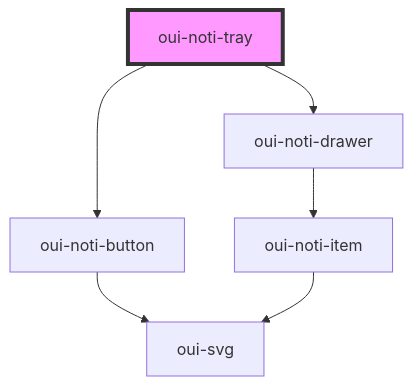
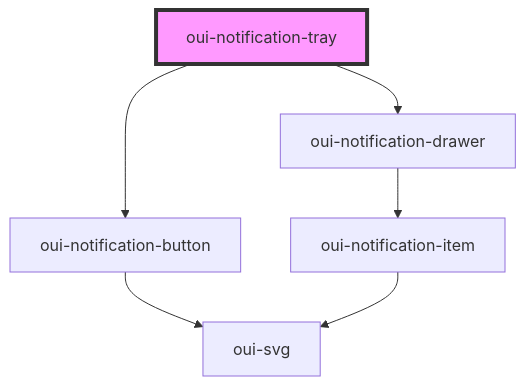
The diagram in src/components/notification-tray/readme.md (oberd/oui), drawn with Mermaid before and after one commit. The commit also changed other lines of this file and 19 other files, not shown here.

````diff
--- a/src/components/notification-tray/readme.md
+++ b/src/components/notification-tray/readme.md
@@ -105,9 +105,9 @@
 ```mermaid
 graph TD;
-  oui-noti-tray --> oui-noti-button
-  oui-noti-tray --> oui-noti-drawer
-  oui-noti-button --> oui-svg
-  oui-noti-drawer --> oui-noti-item
-  oui-noti-item --> oui-svg
-  style oui-noti-tray fill:#f9f,stroke:#333,stroke-width:4px
+  oui-notification-tray --> oui-notification-button
+  oui-notification-tray --> oui-notification-drawer
+  oui-notification-button --> oui-svg
+  oui-notification-drawer --> oui-notification-item
+  oui-notification-item --> oui-svg
+  style oui-notification-tray fill:#f9f,stroke:#333,stroke-width:4px
 ```
````
